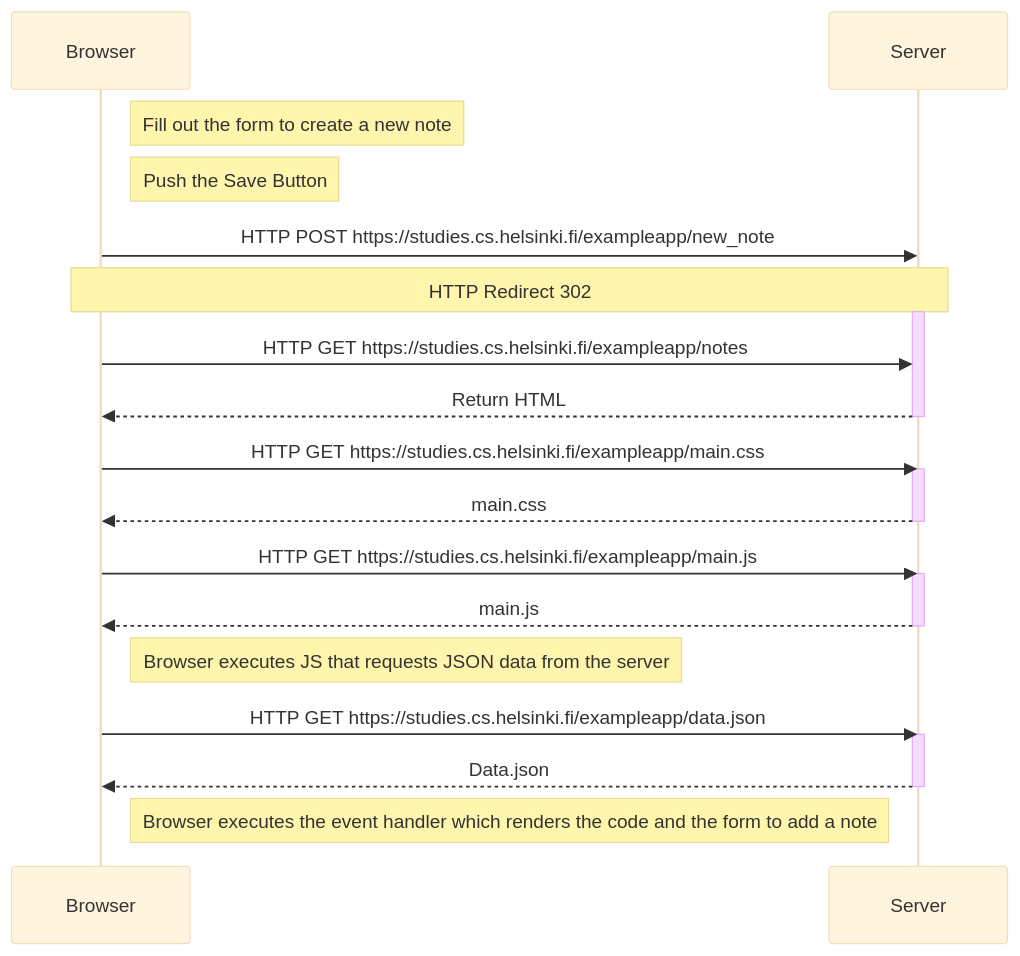
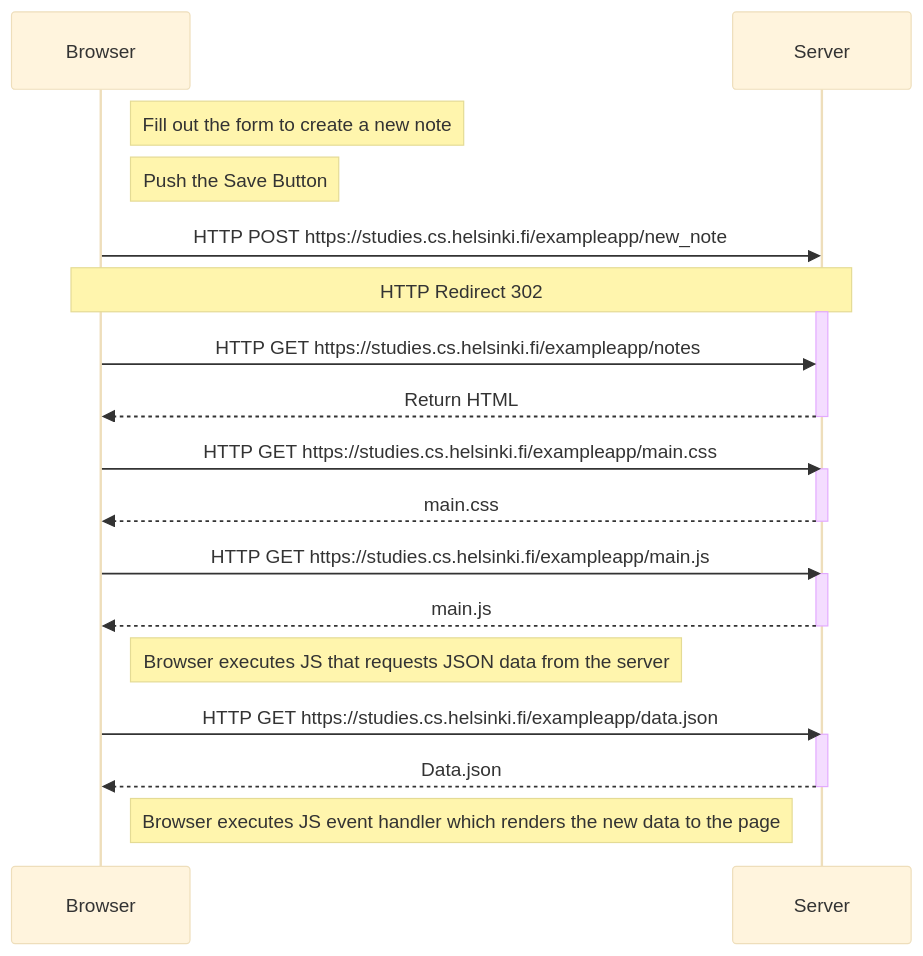
One commit to cmfredricksen/full-stack-open-exercises changed the second of 2 diagrams in part-0/exercise0-traditional.md. Above: the diagram before and after it, drawn with Mermaid (base theme).

Commit message:
fixed grammar

````diff
--- a/part-0/exercise0-traditional.md
+++ b/part-0/exercise0-traditional.md
@@ -40,34 +40,34 @@
 ```mermaid
 sequenceDiagram
     participant b as Browser
     participant s as Server
 
     Note right of b: Fill out the form to create a new note
     note right of b: Push the Save Button
 
     b->>s: HTTP POST https://studies.cs.helsinki.fi/exampleapp/new_note
     Note over b, s: HTTP Redirect 302
     activate s
     b->>s: HTTP GET https://studies.cs.helsinki.fi/exampleapp/notes
     s-->>b: Return HTML
     deactivate s
 
     b->>s: HTTP GET https://studies.cs.helsinki.fi/exampleapp/main.css
     activate s
     s-->>b: main.css
     deactivate s
 
     b->>s: HTTP GET https://studies.cs.helsinki.fi/exampleapp/main.js
     activate s
     s-->>b: main.js
     deactivate s
 
     Note right of b: Browser executes JS that requests JSON data from the server
     b->>s: HTTP GET https://studies.cs.helsinki.fi/exampleapp/data.json
     activate s
     s-->>b: Data.json
     deactivate s
 
-    Note right of b:Browser executes the event handler which renders the code and the form to add a note
+    Note right of b: Browser executes JS event handler which renders the new data to the page
 
 ```
````
